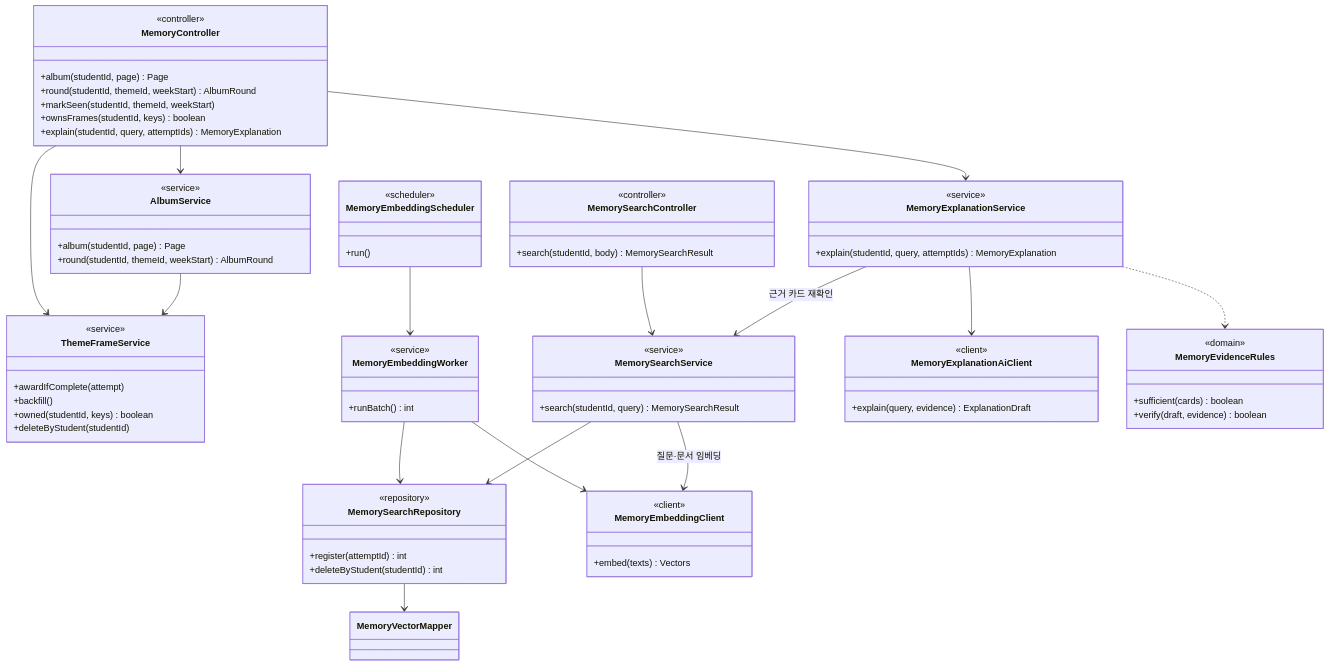
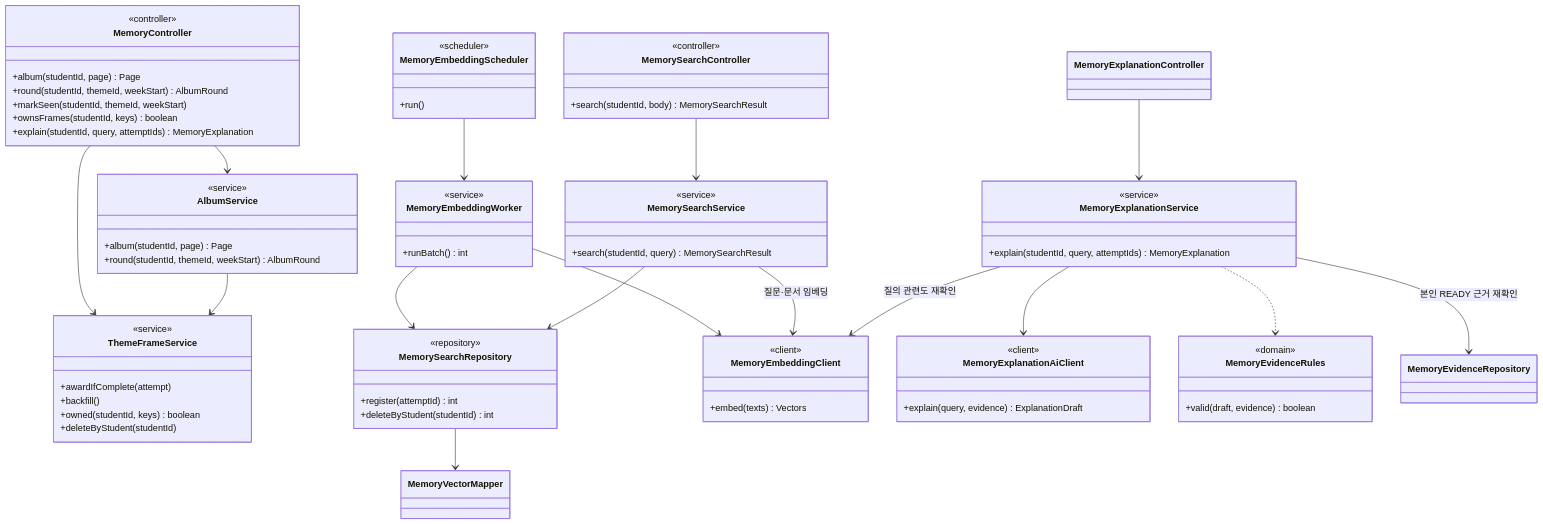
Diagram 15 of 23 in docs/design/class-diagram.md (SKNETWORKS-FAMILY-AICAMP/SKN34-FINAL-3TEAM), drawn with Mermaid before and after one commit. The commit also changed other lines of this file and 17 other files, not shown here.

````diff
--- a/docs/design/class-diagram.md
+++ b/docs/design/class-diagram.md
@@ -2148,77 +2148,77 @@
 ```mermaid
 classDiagram
   direction TB
   class MemoryController {
     <<controller>>
     +album(studentId, page) Page
     +round(studentId, themeId, weekStart) AlbumRound
     +markSeen(studentId, themeId, weekStart)
     +ownsFrames(studentId, keys) boolean
     +explain(studentId, query, attemptIds) MemoryExplanation
   }
   class ThemeFrameService {
     <<service>>
     +awardIfComplete(attempt)
     +backfill()
     +owned(studentId, keys) boolean
     +deleteByStudent(studentId)
   }
   class AlbumService {
     <<service>>
     +album(studentId, page) Page
     +round(studentId, themeId, weekStart) AlbumRound
   }
   class MemorySearchController {
     <<controller>>
     +search(studentId, body) MemorySearchResult
   }
   class MemoryEmbeddingWorker {
     <<service>>
     +runBatch() int
   }
   class MemorySearchRepository {
     <<repository>>
     +register(attemptId) int
     +deleteByStudent(studentId) int
   }
   class MemorySearchService {
     <<service>>
     +search(studentId, query) MemorySearchResult
   }
   class MemoryExplanationService {
     <<service>>
     +explain(studentId, query, attemptIds) MemoryExplanation
   }
   class MemoryEmbeddingScheduler {
     <<scheduler>>
     +run()
   }
   class MemoryEmbeddingClient {
     <<client>>
     +embed(texts) Vectors
   }
   class MemoryExplanationAiClient {
     <<client>>
     +explain(query, evidence) ExplanationDraft
   }
   class MemoryEvidenceRules {
     <<domain>>
-    +sufficient(cards) boolean
-    +verify(draft, evidence) boolean
+    +valid(draft, evidence) boolean
   }
 
   MemoryController --> AlbumService
   MemoryController --> ThemeFrameService
-  MemoryController --> MemoryExplanationService
+  MemoryExplanationController --> MemoryExplanationService
   MemoryEmbeddingScheduler --> MemoryEmbeddingWorker
   MemoryEmbeddingWorker --> MemorySearchRepository
   MemoryEmbeddingWorker --> MemoryEmbeddingClient
   MemorySearchController --> MemorySearchService
   MemorySearchService --> MemorySearchRepository
   MemorySearchRepository --> MemoryVectorMapper
   MemorySearchService --> MemoryEmbeddingClient : 질문·문서 임베딩
-  MemoryExplanationService --> MemorySearchService : 근거 카드 재확인
+  MemoryExplanationService --> MemoryEvidenceRepository : 본인 READY 근거 재확인
+  MemoryExplanationService --> MemoryEmbeddingClient : 질의 관련도 재확인
   MemoryExplanationService --> MemoryExplanationAiClient
   MemoryExplanationService ..> MemoryEvidenceRules
   AlbumService --> ThemeFrameService
 ```
````
